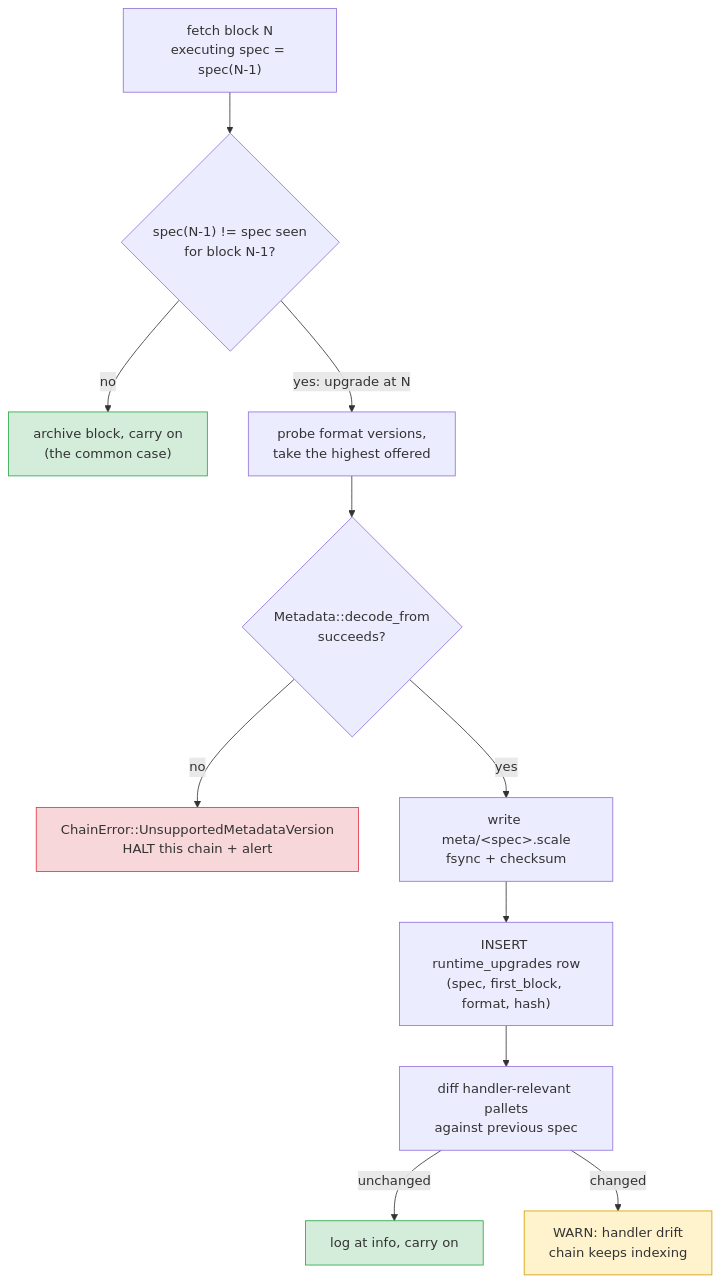
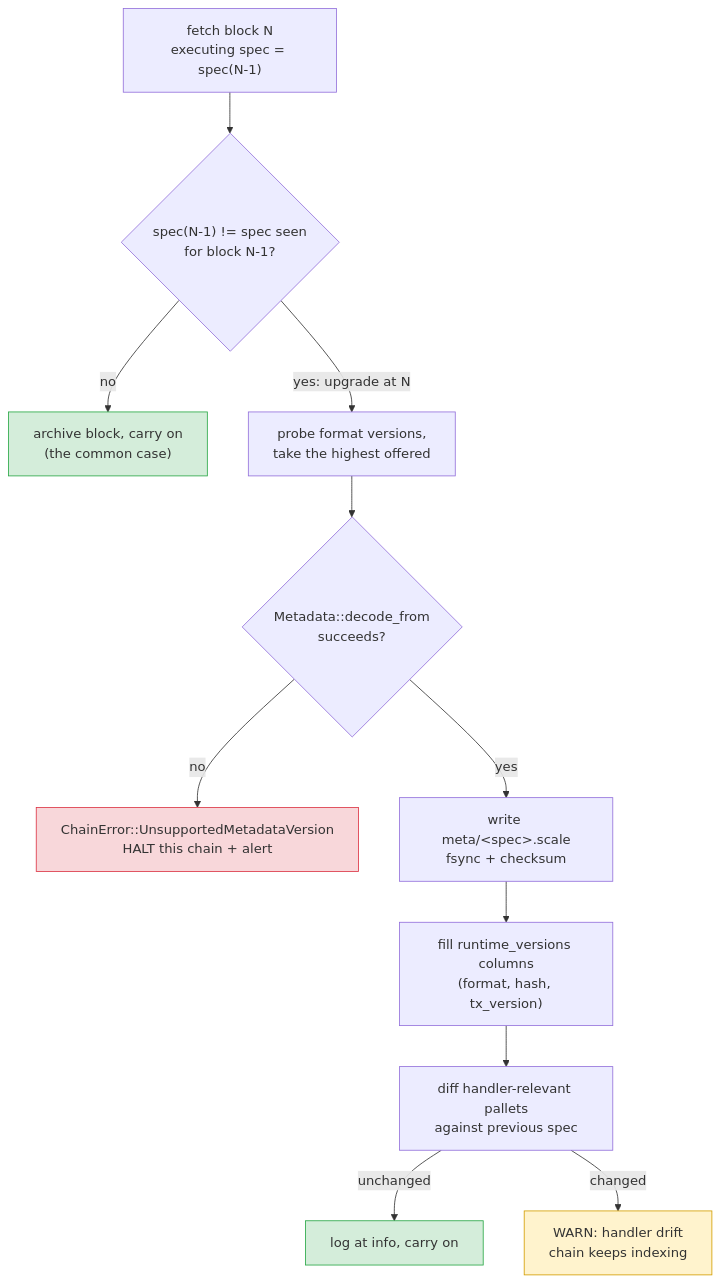
The fourth of 5 diagrams in proposal/IPD-002(Datapipeline).md (darwinsubramaniam/Polkadot-Indexer-Framerwork), drawn with Mermaid before and after one commit. The commit also changed other lines of this file, not shown here.

````diff
--- a/proposal/IPD-002(Datapipeline).md
+++ b/proposal/IPD-002(Datapipeline).md
@@ -1019,18 +1018,18 @@
 ```mermaid
 flowchart TD
     A["fetch block N<br/>executing spec = spec(N-1)"] --> B{"spec(N-1) != spec seen<br/>for block N-1?"}
     B -- no --> Z["archive block, carry on<br/>(the common case)"]
     B -- "yes: upgrade at N" --> C["probe format versions,<br/>take the highest offered"]
     C --> D{"Metadata::decode_from<br/>succeeds?"}
     D -- no --> E["ChainError::UnsupportedMetadataVersion<br/>HALT this chain + alert"]
     D -- yes --> F["write meta/&lt;spec&gt;.scale<br/>fsync + checksum"]
-    F --> G["INSERT runtime_upgrades row<br/>(spec, first_block, format, hash)"]
+    F --> G["fill runtime_versions columns<br/>(format, hash, tx_version)"]
     G --> H["diff handler-relevant pallets<br/>against previous spec"]
     H -- unchanged --> I["log at info, carry on"]
     H -- changed --> J["WARN: handler drift<br/>chain keeps indexing"]
 
     style E fill:#f8d7da,stroke:#dc3545
     style J fill:#fff3cd,stroke:#d39e00
     style Z fill:#d4edda,stroke:#28a745
     style I fill:#d4edda,stroke:#28a745
 ```
````
